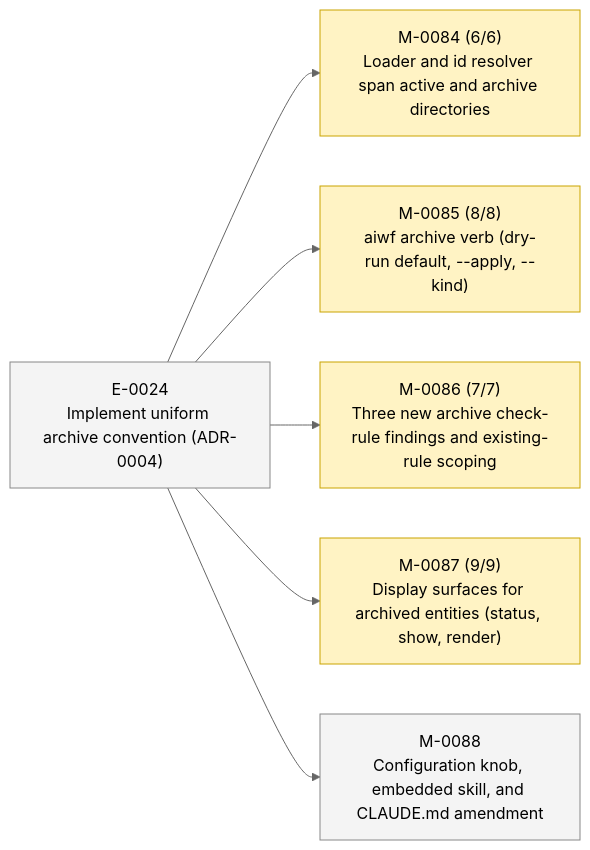
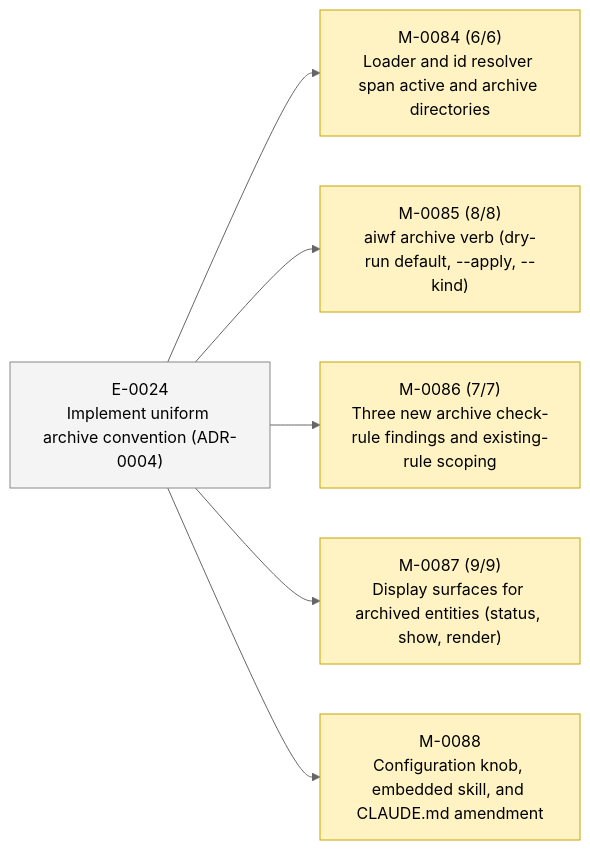
The second of 2 diagrams in STATUS.md (23min/aiwf), drawn with Mermaid (neutral theme) before and after one commit. The commit also changed other lines of this file and 1 other file, not shown here.

First line of the commit message:
aiwf promote M-0088 draft -> in_progress

````diff
--- a/STATUS.md
+++ b/STATUS.md
@@ -49,20 +49,20 @@
 ```mermaid
 flowchart LR
   E_0024["E-0024<br/>Implement uniform archive convention (ADR-0004)"]:::epic_proposed
   M_0084["M-0084 (6/6)<br/>Loader and id resolver span active and archive directories"]:::ms_in_progress
   E_0024 --> M_0084
   M_0085["M-0085 (8/8)<br/>aiwf archive verb (dry-run default, --apply, --kind)"]:::ms_in_progress
   E_0024 --> M_0085
   M_0086["M-0086 (7/7)<br/>Three new archive check-rule findings and existing-rule scoping"]:::ms_in_progress
   E_0024 --> M_0086
   M_0087["M-0087 (9/9)<br/>Display surfaces for archived entities (status, show, render)"]:::ms_in_progress
   E_0024 --> M_0087
-  M_0088["M-0088<br/>Configuration knob, embedded skill, and CLAUDE.md amendment"]:::ms_draft
+  M_0088["M-0088<br/>Configuration knob, embedded skill, and CLAUDE.md amendment"]:::ms_in_progress
   E_0024 --> M_0088
   classDef epic_active fill:#d6eaff,stroke:#1a73e8,color:#000
   classDef epic_proposed fill:#f4f4f4,stroke:#888,color:#000
   classDef ms_done fill:#d8f5d8,stroke:#2a8a2a,color:#000
   classDef ms_in_progress fill:#fff3c4,stroke:#caa400,color:#000
   classDef ms_draft fill:#f4f4f4,stroke:#888,color:#000
   classDef ms_cancelled fill:#fbeaea,stroke:#c33,color:#000
 ```
````
